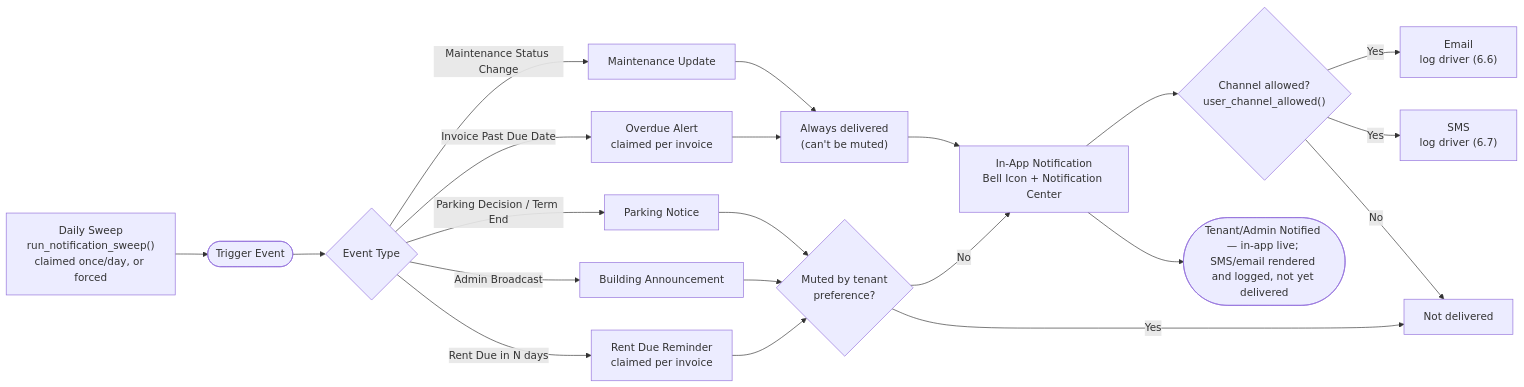
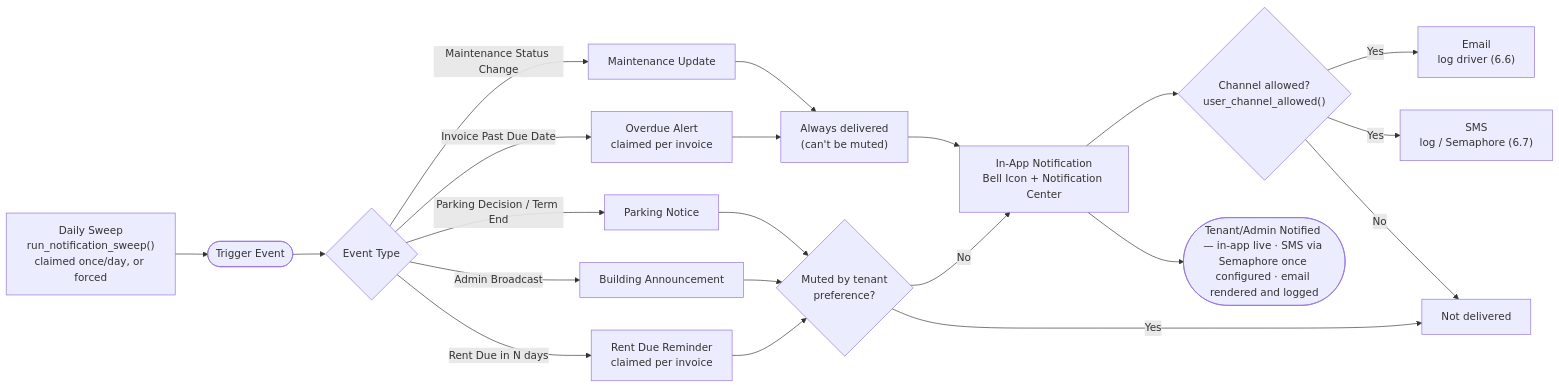
The sixth of 11 diagrams in docs/features/panelist_feature_checklist.md (Keonbe/ApartmentManagementSystem_React), drawn with Mermaid before and after one commit. The commit also changed other lines of this file and 22 other files, not shown here.

````diff
--- a/docs/features/panelist_feature_checklist.md
+++ b/docs/features/panelist_feature_checklist.md
@@ -216,23 +216,23 @@
 ```mermaid
 flowchart LR
     S["Daily Sweep<br/>run_notification_sweep()<br/>claimed once/day, or forced"] --> A
     A(["Trigger Event"]) --> B{"Event Type"}
     B -->|Rent Due in N days| C["Rent Due Reminder<br/>claimed per invoice"]
     B -->|Invoice Past Due Date| D["Overdue Alert<br/>claimed per invoice"]
     B -->|Maintenance Status Change| E["Maintenance Update"]
     B -->|Admin Broadcast| F["Building Announcement"]
     B -->|Parking Decision / Term End| M["Parking Notice"]
     C --> H{"Muted by tenant<br/>preference?"}
     D --> H2["Always delivered<br/>(can't be muted)"]
     E --> H2
     F --> H
     M --> H
     H -->|No| I["In-App Notification<br/>Bell Icon + Notification Center"]
     H -->|Yes| SKIP["Not delivered"]
     H2 --> I
     I --> CH{"Channel allowed?<br/>user_channel_allowed()"}
     CH -->|Yes| J["Email<br/>log driver (6.6)"]
-    CH -->|Yes| K["SMS<br/>log driver (6.7)"]
+    CH -->|Yes| K["SMS<br/>log / Semaphore (6.7)"]
     CH -->|No| SKIP
-    I --> L(["Tenant/Admin Notified — in-app live; SMS/email rendered and logged, not yet delivered"])
+    I --> L(["Tenant/Admin Notified — in-app live · SMS via Semaphore once configured · email rendered and logged"])
 ```
````
